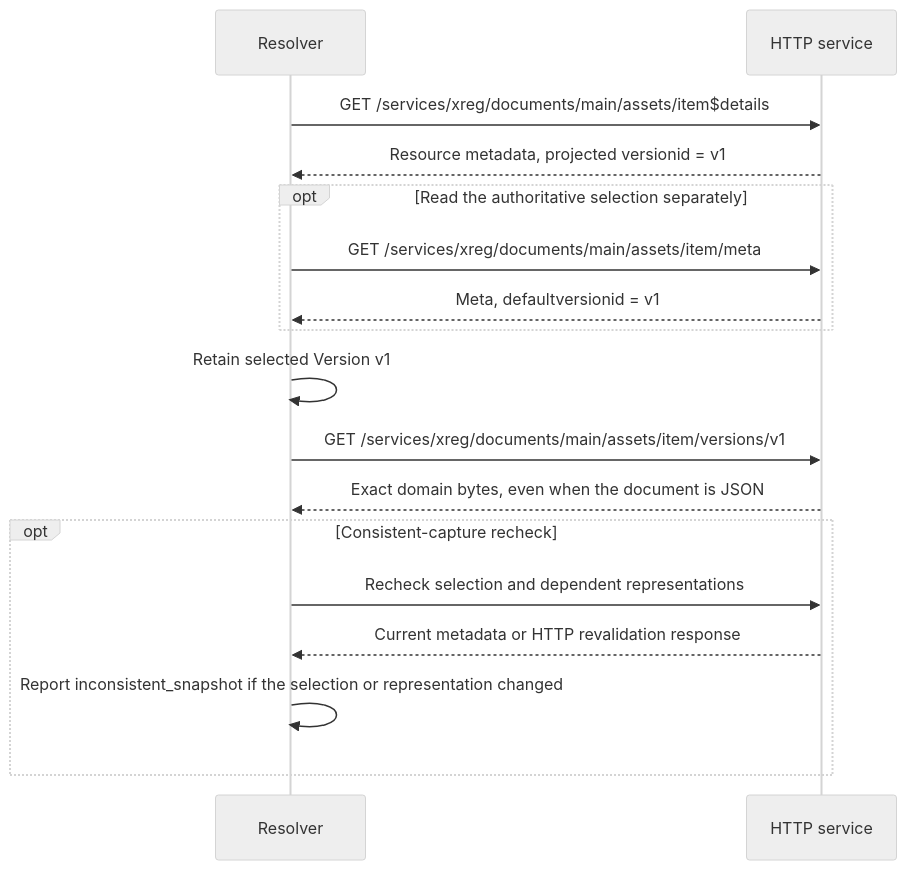
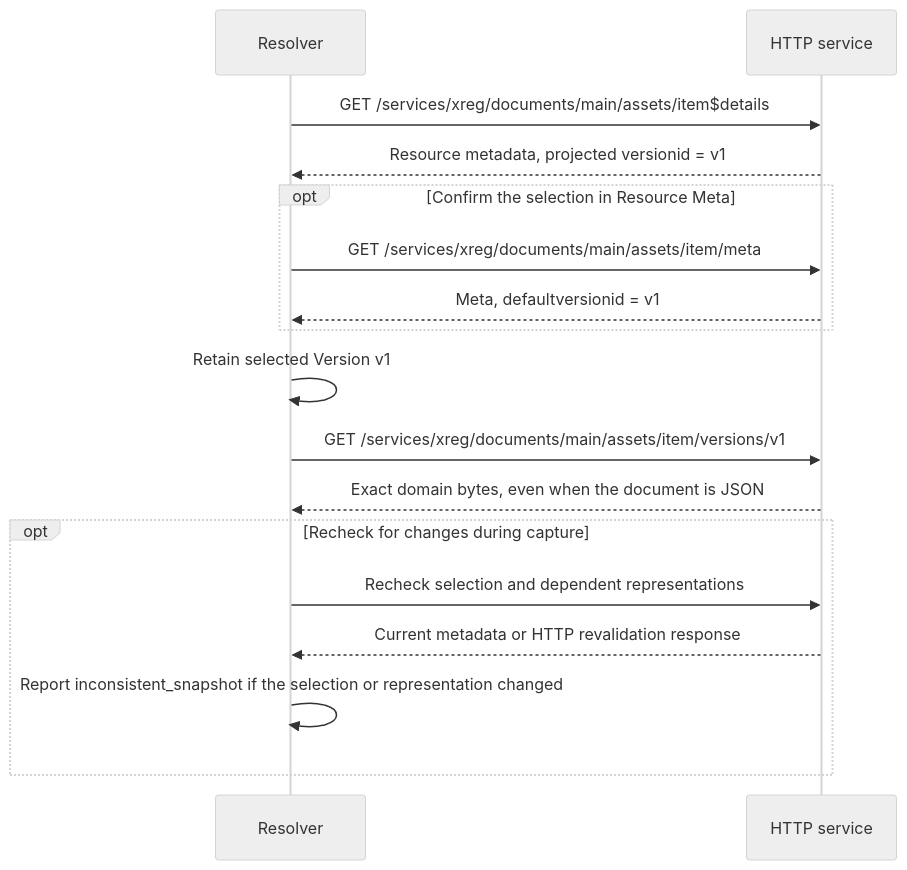
One commit to xregistry/spec changed the diagram in workingdrafts/bindings/http-federation.md. Above: the diagram before and after it, drawn with Mermaid (neutral theme). The commit also changed other lines of this file and 4 other files, not shown here.

````diff
--- a/workingdrafts/bindings/http-federation.md
+++ b/workingdrafts/bindings/http-federation.md
@@ -242,19 +292,19 @@
 ```mermaid
 sequenceDiagram
     participant R as Resolver
     participant H as HTTP service
     R->>H: GET /services/xreg/documents/main/assets/item$details
     H-->>R: Resource metadata, projected versionid = v1
-    opt Read the authoritative selection separately
+    opt Confirm the selection in Resource Meta
         R->>H: GET /services/xreg/documents/main/assets/item/meta
         H-->>R: Meta, defaultversionid = v1
     end
     R->>R: Retain selected Version v1
     R->>H: GET /services/xreg/documents/main/assets/item/versions/v1
     H-->>R: Exact domain bytes, even when the document is JSON
-    opt Consistent-capture recheck
+    opt Recheck for changes during capture
         R->>H: Recheck selection and dependent representations
         H-->>R: Current metadata or HTTP revalidation response
         R->>R: Report inconsistent_snapshot if the selection or representation changed
     end
 ```
````
